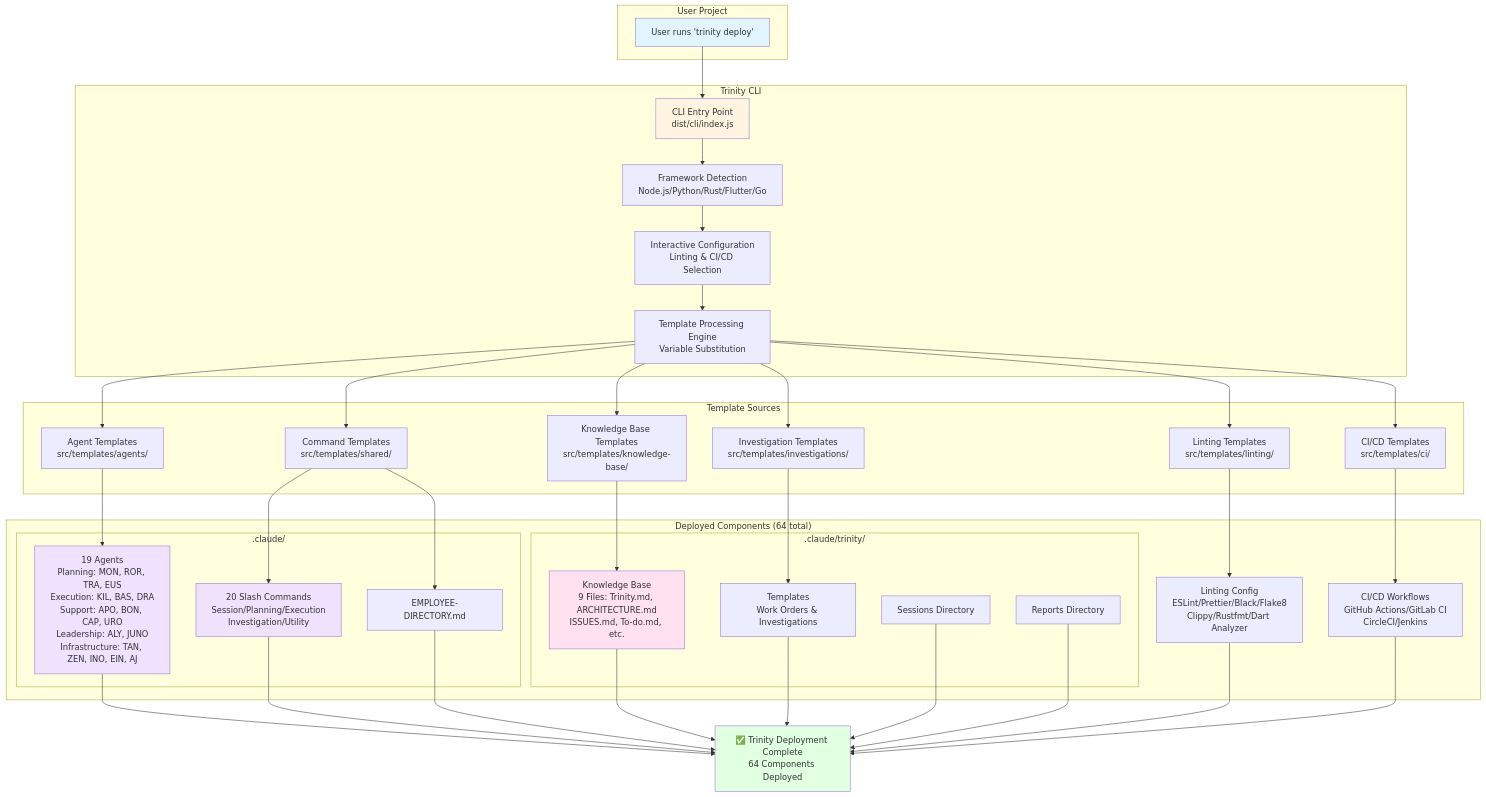
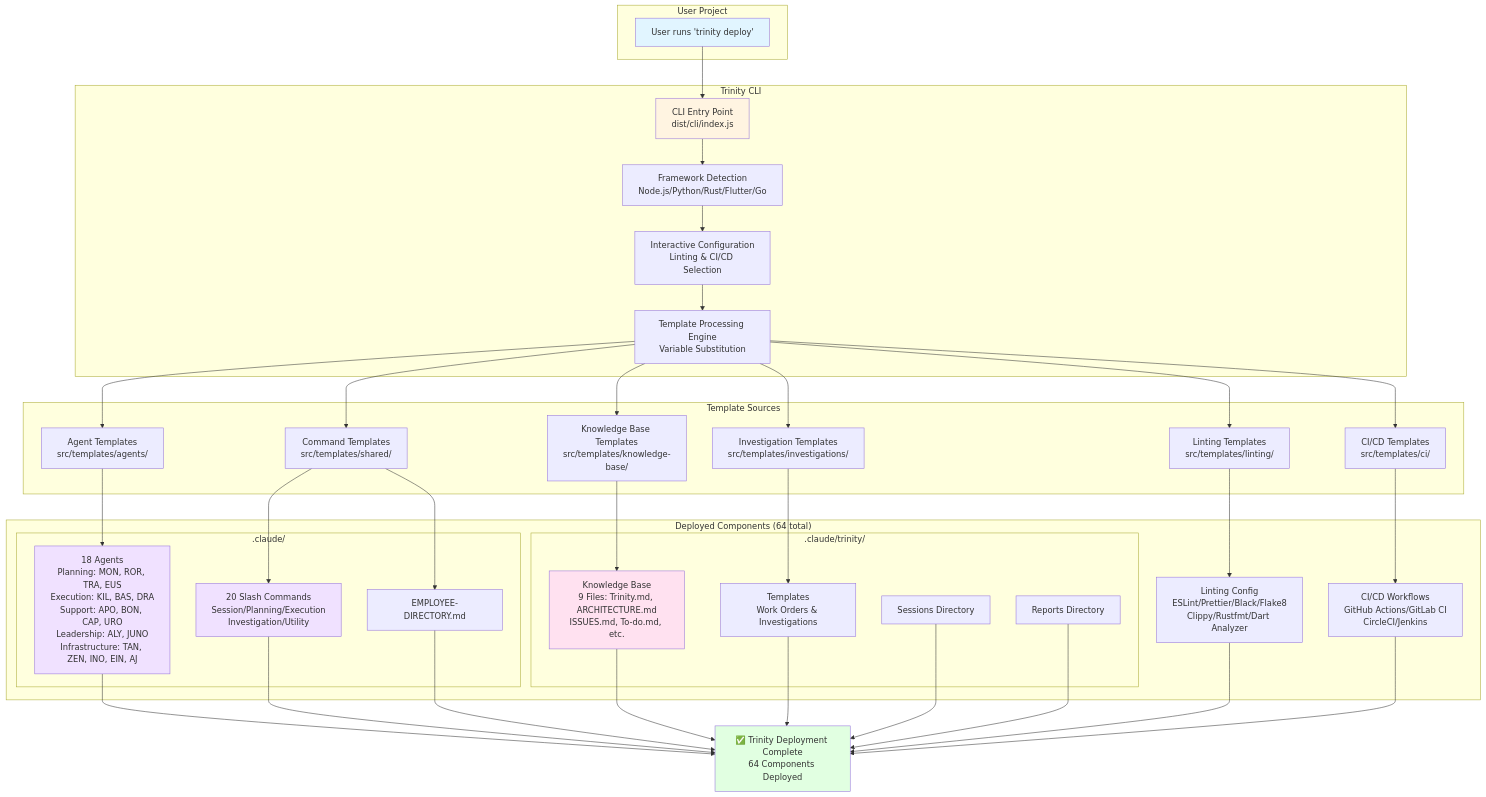
The diagram in docs/images/trinity-deployment-architecture.md (lukadfagundes/trinity-method-sdk), drawn with Mermaid before and after one commit. The commit also changed other lines of this file and 114 other files, not shown here.

````diff
--- a/docs/images/trinity-deployment-architecture.md
+++ b/docs/images/trinity-deployment-architecture.md
@@ -3,77 +3,77 @@
 ```mermaid
 graph TB
     subgraph "User Project"
         USER[User runs 'trinity deploy']
     end
 
     subgraph "Trinity CLI"
         CLI[CLI Entry Point<br/>dist/cli/index.js]
         DETECT[Framework Detection<br/>Node.js/Python/Rust/Flutter/Go]
         CONFIG[Interactive Configuration<br/>Linting & CI/CD Selection]
         PROCESS[Template Processing Engine<br/>Variable Substitution]
     end
 
     subgraph "Template Sources"
         AGENTS[Agent Templates<br/>src/templates/agents/]
         COMMANDS[Command Templates<br/>src/templates/shared/]
         KB[Knowledge Base Templates<br/>src/templates/knowledge-base/]
         INVEST[Investigation Templates<br/>src/templates/investigations/]
         LINT[Linting Templates<br/>src/templates/linting/]
         CI[CI/CD Templates<br/>src/templates/ci/]
     end
 
     subgraph "Deployed Components (64 total)"
         subgraph ".claude/"
-            A1[19 Agents<br/>Planning: MON, ROR, TRA, EUS<br/>Execution: KIL, BAS, DRA<br/>Support: APO, BON, CAP, URO<br/>Leadership: ALY, JUNO<br/>Infrastructure: TAN, ZEN, INO, EIN, AJ]
+            A1[18 Agents<br/>Planning: MON, ROR, TRA, EUS<br/>Execution: KIL, BAS, DRA<br/>Support: APO, BON, CAP, URO<br/>Leadership: ALY, JUNO<br/>Infrastructure: TAN, ZEN, INO, EIN, AJ]
             C1[20 Slash Commands<br/>Session/Planning/Execution<br/>Investigation/Utility]
             ED[EMPLOYEE-DIRECTORY.md]
         end
 
         subgraph ".claude/trinity/"
             KB1[Knowledge Base<br/>9 Files: Trinity.md, ARCHITECTURE.md<br/>ISSUES.md, To-do.md, etc.]
             TEMP[Templates<br/>Work Orders & Investigations]
             SESS[Sessions Directory]
             REP[Reports Directory]
         end
 
         LINTFILES[Linting Config<br/>ESLint/Prettier/Black/Flake8<br/>Clippy/Rustfmt/Dart Analyzer]
         CIFILES[CI/CD Workflows<br/>GitHub Actions/GitLab CI<br/>CircleCI/Jenkins]
     end
 
     USER --> CLI
     CLI --> DETECT
     DETECT --> CONFIG
     CONFIG --> PROCESS
 
     PROCESS --> AGENTS
     PROCESS --> COMMANDS
     PROCESS --> KB
     PROCESS --> INVEST
     PROCESS --> LINT
     PROCESS --> CI
 
     AGENTS --> A1
     COMMANDS --> C1
     COMMANDS --> ED
     KB --> KB1
     INVEST --> TEMP
     LINT --> LINTFILES
     CI --> CIFILES
 
     A1 --> COMPLETE[✅ Trinity Deployment Complete<br/>64 Components Deployed]
     C1 --> COMPLETE
     ED --> COMPLETE
     KB1 --> COMPLETE
     TEMP --> COMPLETE
     SESS --> COMPLETE
     REP --> COMPLETE
     LINTFILES --> COMPLETE
     CIFILES --> COMPLETE
 
     style USER fill:#e1f5ff
     style CLI fill:#fff4e1
     style COMPLETE fill:#e1ffe1
     style A1 fill:#f0e1ff
     style C1 fill:#f0e1ff
     style KB1 fill:#ffe1f0
 ```
````
